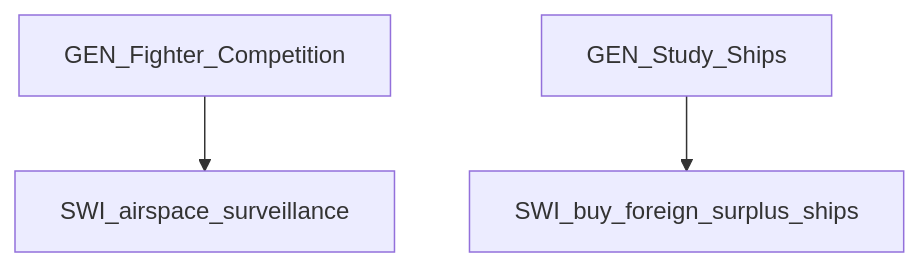
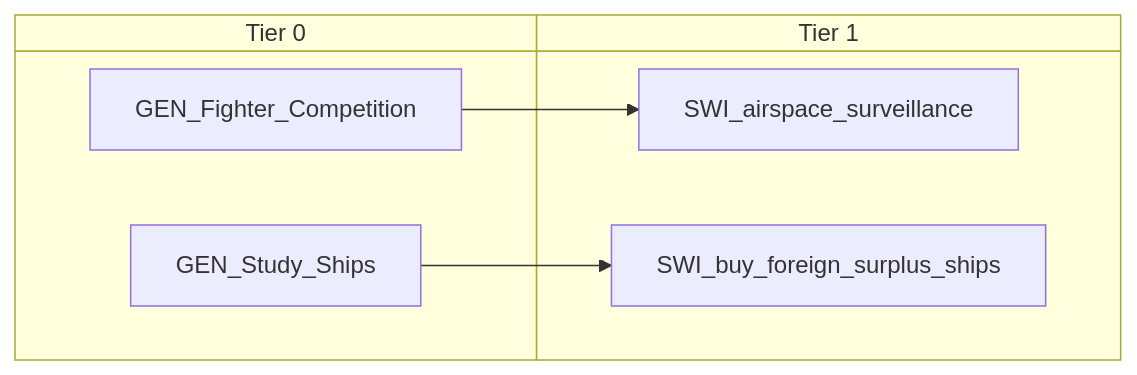
The fourth of 4 diagrams in docs/gdd/National Focuses/r56/switzerland.md (evgeny-sobol/hoi4-sandbox-mode-r56), drawn with Mermaid before and after one commit. The commit also changed other lines of this file and 423 other files, not shown here.

First line of the commit message:
Re-export Rt56 focus trees as swimlane diagrams

````diff
--- a/docs/gdd/National Focuses/r56/switzerland.md
+++ b/docs/gdd/National Focuses/r56/switzerland.md
@@ -440,9 +498,13 @@
 ```mermaid
-flowchart TD
-    n143["GEN_Fighter_Competition"]
-    n144["GEN_Study_Ships"]
-    n145["SWI_airspace_surveillance"]
-    n146["SWI_buy_foreign_surplus_ships"]
+swimlane-beta TD
+    subgraph tier_0["Tier 0"]
+        n143["GEN_Fighter_Competition"]
+        n144["GEN_Study_Ships"]
+    end
+    subgraph tier_1["Tier 1"]
+        n145["SWI_airspace_surveillance"]
+        n146["SWI_buy_foreign_surplus_ships"]
+    end
     n143 --> n145
     n144 --> n146
 ```
````
